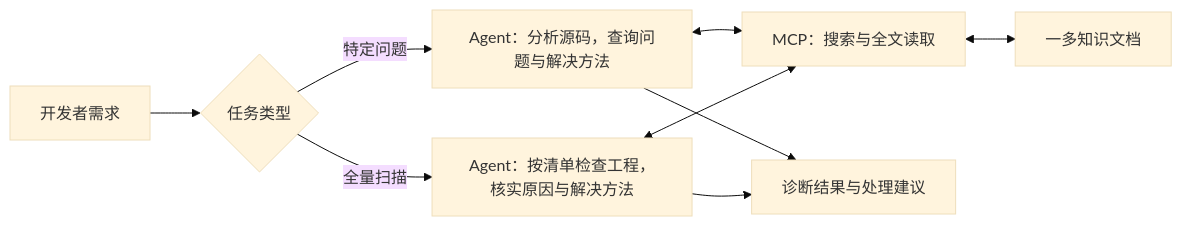
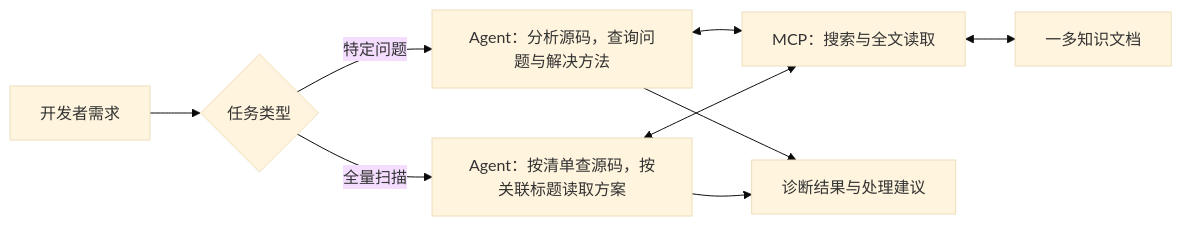
The first of 3 diagrams in 一多知识库设计.md (ilubuntu/mcptest), drawn with Mermaid (base theme) before and after one commit. The commit also changed other lines of this file and 30 other files, not shown here.

````diff
--- a/一多知识库设计.md
+++ b/一多知识库设计.md
@@ -14,11 +14,11 @@
 ```mermaid
 flowchart LR
     U[开发者需求] --> T{任务类型}
     T -->|特定问题| P[Agent：分析源码，查询问题与解决方法]
-    T -->|全量扫描| F[Agent：按清单检查工程，核实原因与解决方法]
+    T -->|全量扫描| F[Agent：按清单查源码，按关联标题读取方案]
     P <--> M[MCP：搜索与全文读取]
     F <--> M
     M <--> K[一多知识文档]
     P --> R[诊断结果与处理建议]
     F --> R
 ```
````
